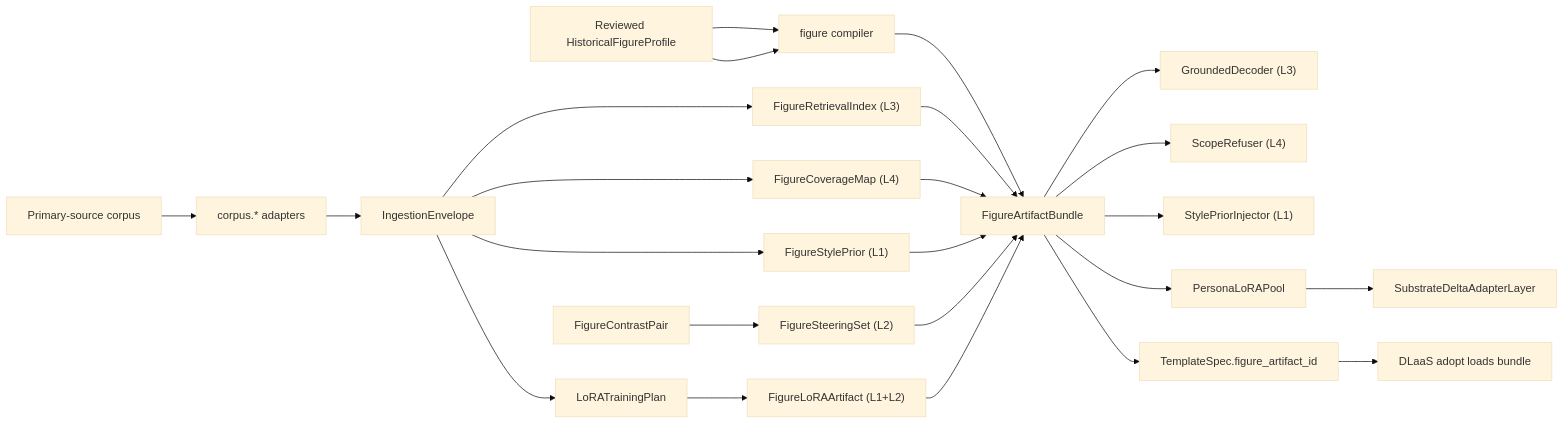
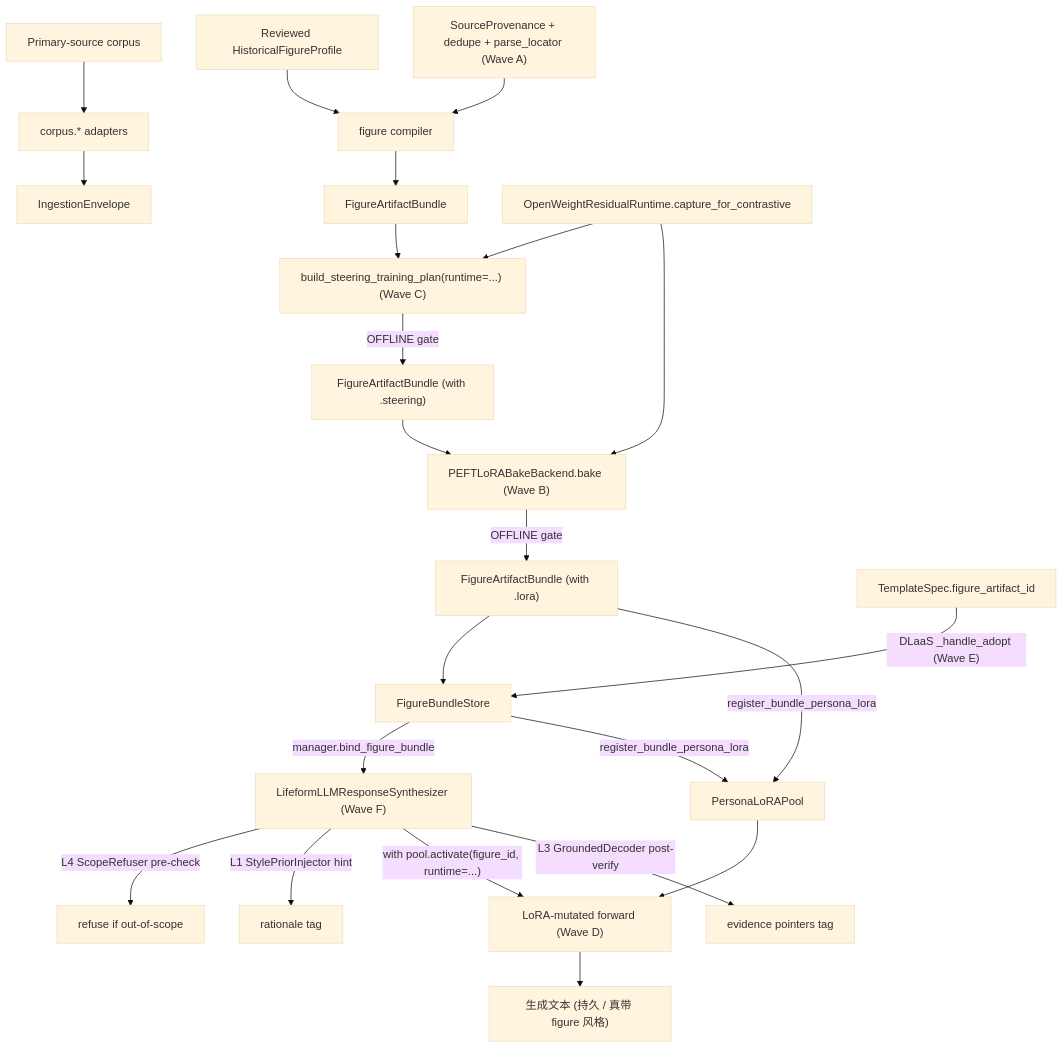
Before and after one commit to ronaldzgithub/VolvenceZero: the diagram in docs/specs/figure-vertical.md, drawn with Mermaid (base theme). The commit also changed other lines of this file and 22 other files, not shown here.

````diff
--- a/docs/specs/figure-vertical.md
+++ b/docs/specs/figure-vertical.md
@@ -111,26 +123,25 @@
 ```mermaid
-flowchart LR
+flowchart TD
     Corpus["Primary-source corpus"] --> CorpusIngest["corpus.* adapters"]
     Profile["Reviewed HistoricalFigureProfile"] --> Compiler["figure compiler"]
     CorpusIngest --> CorpusEnvelope["IngestionEnvelope"]
-    CorpusEnvelope --> Retrieval["FigureRetrievalIndex (L3)"]
-    CorpusEnvelope --> Coverage["FigureCoverageMap (L4)"]
-    CorpusEnvelope --> Style["FigureStylePrior (L1)"]
-    CorpusEnvelope --> LoRAData["LoRATrainingPlan"]
-    Profile --> Compiler
-    ContrastSet["FigureContrastPair"] --> Steering["FigureSteeringSet (L2)"]
-    LoRAData --> LoRA["FigureLoRAArtifact (L1+L2)"]
+    Provenance["SourceProvenance + dedupe + parse_locator (Wave A)"] --> Compiler
     Compiler --> Bundle["FigureArtifactBundle"]
-    Retrieval --> Bundle
-    Coverage --> Bundle
-    Style --> Bundle
-    Steering --> Bundle
-    LoRA --> Bundle
-    Bundle --> GroundedDecoder["GroundedDecoder (L3)"]
-    Bundle --> ScopeRefuser["ScopeRefuser (L4)"]
-    Bundle --> StylePriorInjector["StylePriorInjector (L1)"]
-    Bundle --> Pool["PersonaLoRAPool"]
-    Pool --> SubstrateDelta["SubstrateDeltaAdapterLayer"]
-    Bundle --> Template["TemplateSpec.figure_artifact_id"]
-    Template --> Adopt["DLaaS adopt loads bundle"]
+    Bundle --> SteeringBake["build_steering_training_plan(runtime=...) (Wave C)"]
+    Runtime["OpenWeightResidualRuntime.capture_for_contrastive"] --> SteeringBake
+    SteeringBake -->|"OFFLINE gate"| BundleSteering["FigureArtifactBundle (with .steering)"]
+    BundleSteering --> PEFT["PEFTLoRABakeBackend.bake (Wave B)"]
+    Runtime --> PEFT
+    PEFT -->|"OFFLINE gate"| BundleLora["FigureArtifactBundle (with .lora)"]
+    BundleLora --> Store["FigureBundleStore"]
+    BundleLora -->|"register_bundle_persona_lora"| Pool["PersonaLoRAPool"]
+    Template["TemplateSpec.figure_artifact_id"] -->|"DLaaS _handle_adopt (Wave E)"| Store
+    Store -->|"manager.bind_figure_bundle"| Synth["LifeformLLMResponseSynthesizer (Wave F)"]
+    Store -->|"register_bundle_persona_lora"| Pool
+    Synth -->|"L4 ScopeRefuser pre-check"| L4["refuse if out-of-scope"]
+    Synth -->|"L1 StylePriorInjector hint"| L1Tag["rationale tag"]
+    Synth -->|"with pool.activate(figure_id, runtime=...)"| RuntimeForward["LoRA-mutated forward (Wave D)"]
+    Pool --> RuntimeForward
+    RuntimeForward --> Output["生成文本 (持久 / 真带 figure 风格)"]
+    Synth -->|"L3 GroundedDecoder post-verify"| L3Tag["evidence pointers tag"]
 ```
````
